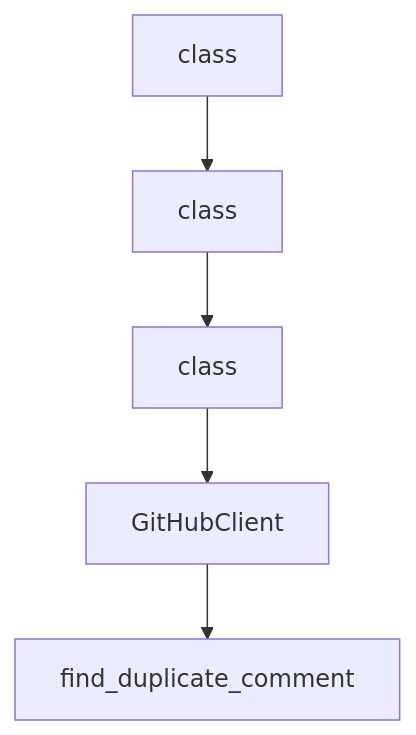
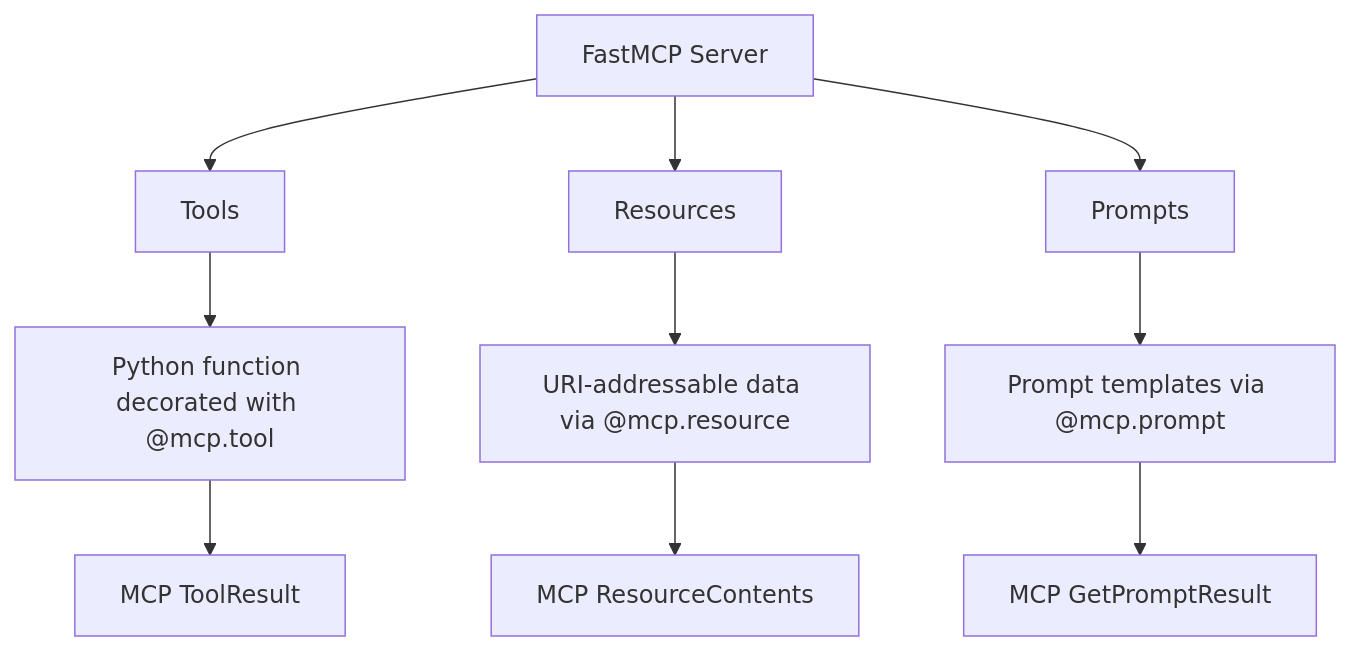
The diagram in tutorials/fastmcp-tutorial/02-core-abstractions-components-providers-transforms.md (johnxie/awesome-code-docs), drawn with Mermaid before and after one commit. The commit also changed other lines of this file and 1232 other files, not shown here.

````diff
--- a/tutorials/fastmcp-tutorial/02-core-abstractions-components-providers-transforms.md
+++ b/tutorials/fastmcp-tutorial/02-core-abstractions-components-providers-transforms.md
@@ -217,12 +48,12 @@
 ```mermaid
 flowchart TD
-    A[class]
-    B[class]
-    C[class]
-    D[GitHubClient]
-    E[find_duplicate_comment]
-    A --> B
-    B --> C
-    C --> D
-    D --> E
+    A[FastMCP Server] --> B[Tools]
+    A --> C[Resources]
+    A --> D[Prompts]
+    B --> E[Python function decorated with @mcp.tool]
+    C --> F[URI-addressable data via @mcp.resource]
+    D --> G[Prompt templates via @mcp.prompt]
+    E --> H[MCP ToolResult]
+    F --> I[MCP ResourceContents]
+    G --> J[MCP GetPromptResult]
 ```
````
